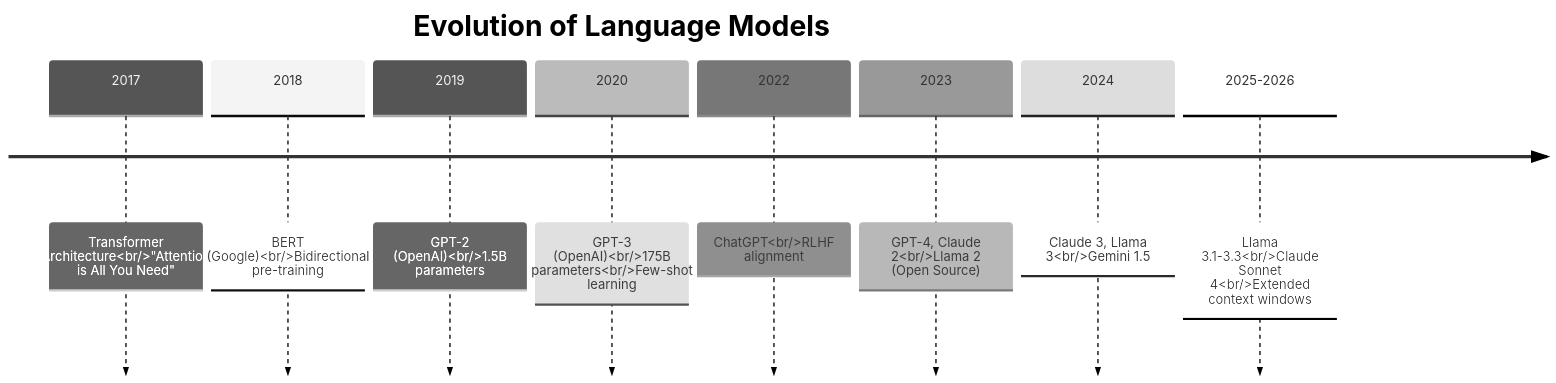
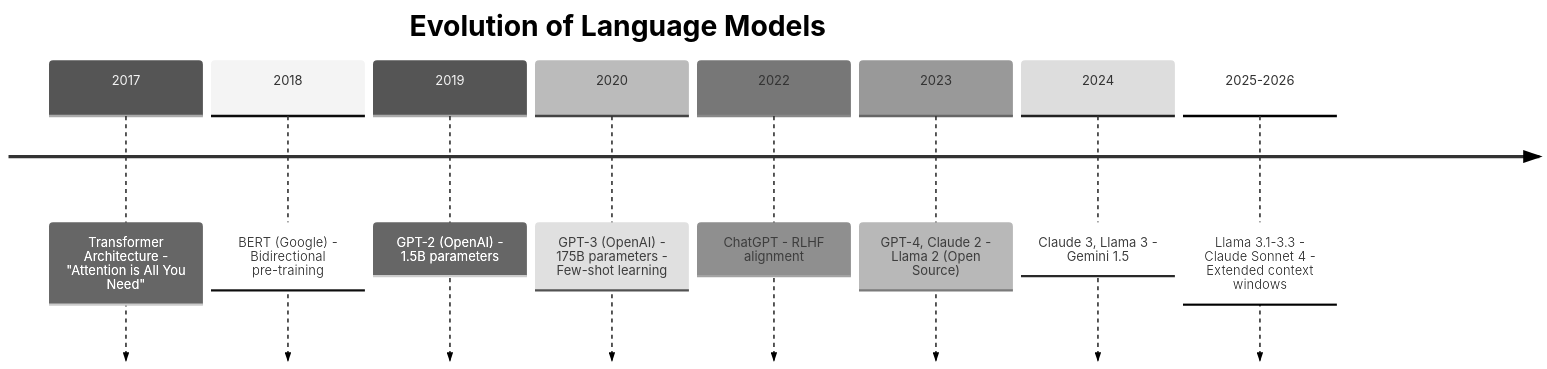
The first of 9 diagrams in docs/learning/01-llm-fundamentals.md (indhra/llm_rag_sec_findings), drawn with Mermaid (neutral theme) before and after one commit. The commit also changed other lines of this file and 9 other files, not shown here.

````diff
--- a/docs/learning/01-llm-fundamentals.md
+++ b/docs/learning/01-llm-fundamentals.md
@@ -32,12 +32,12 @@
 ```mermaid
 timeline
     title Evolution of Language Models
-    2017 : Transformer Architecture<br/>"Attention is All You Need"
-    2018 : BERT (Google)<br/>Bidirectional pre-training
-    2019 : GPT-2 (OpenAI)<br/>1.5B parameters
-    2020 : GPT-3 (OpenAI)<br/>175B parameters<br/>Few-shot learning
-    2022 : ChatGPT<br/>RLHF alignment
-    2023 : GPT-4, Claude 2<br/>Llama 2 (Open Source)
-    2024 : Claude 3, Llama 3<br/>Gemini 1.5
-    2025-2026 : Llama 3.1-3.3<br/>Claude Sonnet 4<br/>Extended context windows
+    2017 : Transformer Architecture - "Attention is All You Need"
+    2018 : BERT (Google) - Bidirectional pre-training
+    2019 : GPT-2 (OpenAI) - 1.5B parameters
+    2020 : GPT-3 (OpenAI) - 175B parameters - Few-shot learning
+    2022 : ChatGPT - RLHF alignment
+    2023 : GPT-4, Claude 2 - Llama 2 (Open Source)
+    2024 : Claude 3, Llama 3 - Gemini 1.5
+    2025-2026 : Llama 3.1-3.3 - Claude Sonnet 4 - Extended context windows
 ```
````
